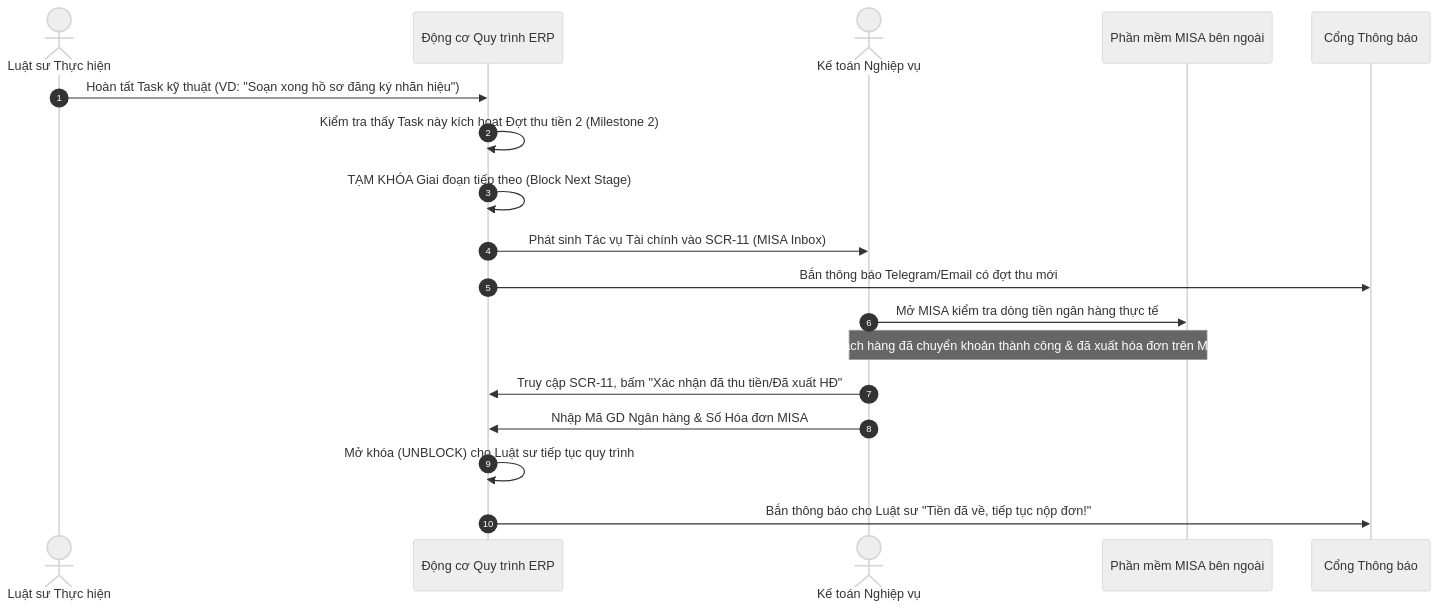
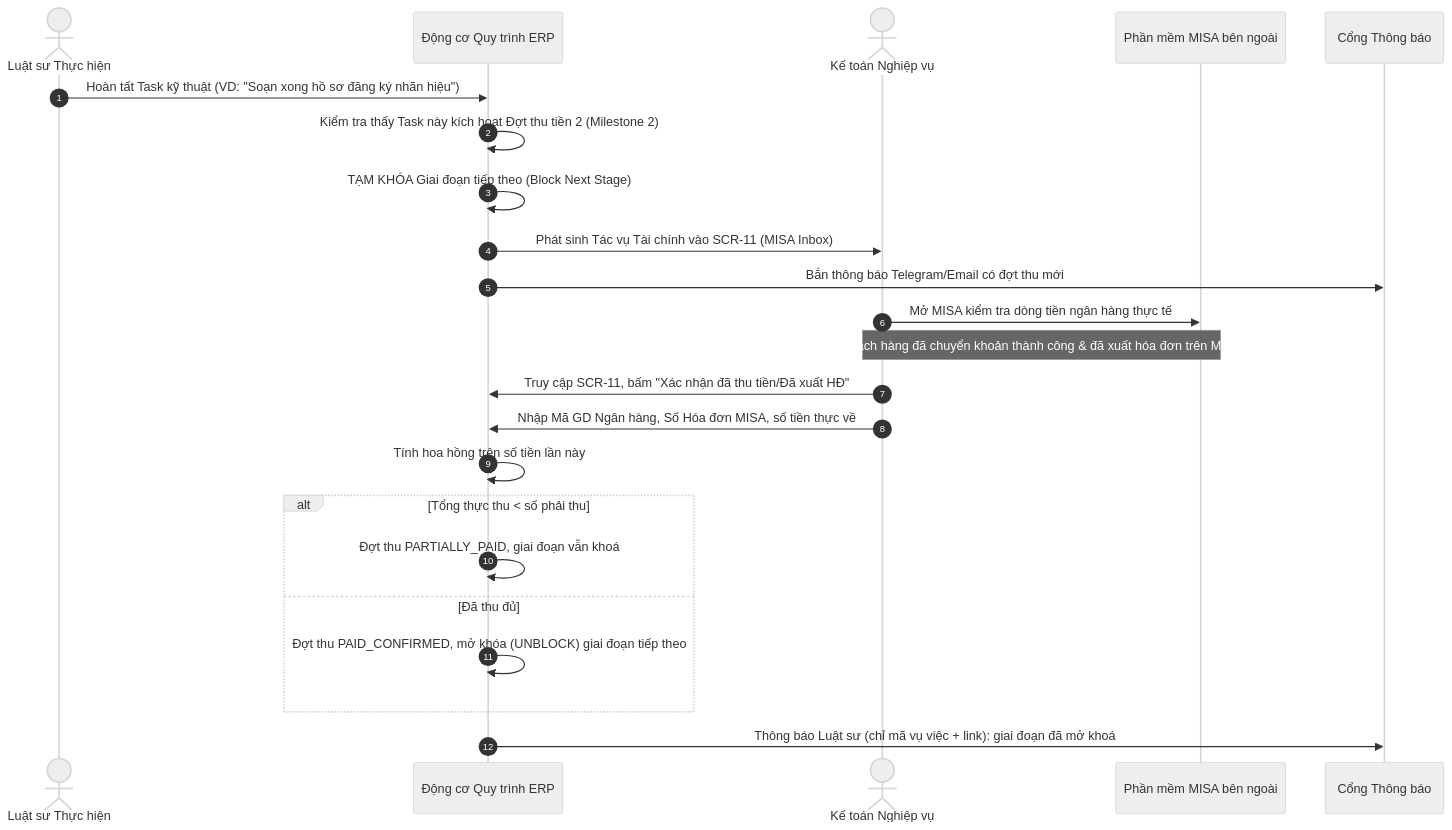
One commit to namth/asl-erp-v2 changed the third of 5 diagrams in docs/04-user-flows.md. Above: the diagram before and after it, drawn with Mermaid (neutral theme). The commit also changed other lines of this file and 84 other files, not shown here.

````diff
--- a/docs/04-user-flows.md
+++ b/docs/04-user-flows.md
@@ -64,23 +66,28 @@
 ```mermaid
 sequenceDiagram
     autonumber
     actor Lawyer as Luật sư Thực hiện
     participant CaseEngine as Động cơ Quy trình ERP
     actor Accountant as Kế toán Nghiệp vụ
     participant MISA as Phần mềm MISA bên ngoài
     participant Notify as Cổng Thông báo
 
     Lawyer->>CaseEngine: Hoàn tất Task kỹ thuật (VD: "Soạn xong hồ sơ đăng ký nhãn hiệu")
     CaseEngine->>CaseEngine: Kiểm tra thấy Task này kích hoạt Đợt thu tiền 2 (Milestone 2)
     CaseEngine->>CaseEngine: TẠM KHÓA Giai đoạn tiếp theo (Block Next Stage)
     CaseEngine->>Accountant: Phát sinh Tác vụ Tài chính vào SCR-11 (MISA Inbox)
     CaseEngine->>Notify: Bắn thông báo Telegram/Email có đợt thu mới
     
     Accountant->>MISA: Mở MISA kiểm tra dòng tiền ngân hàng thực tế
     Note over Accountant,MISA: Khách hàng đã chuyển khoản thành công & đã xuất hóa đơn trên MISA
     
     Accountant->>CaseEngine: Truy cập SCR-11, bấm "Xác nhận đã thu tiền/Đã xuất HĐ"
-    Accountant->>CaseEngine: Nhập Mã GD Ngân hàng & Số Hóa đơn MISA
-    CaseEngine->>CaseEngine: Mở khóa (UNBLOCK) cho Luật sư tiếp tục quy trình
-    CaseEngine->>Notify: Bắn thông báo cho Luật sư "Tiền đã về, tiếp tục nộp đơn!"
+    Accountant->>CaseEngine: Nhập Mã GD Ngân hàng, Số Hóa đơn MISA, số tiền thực về
+    CaseEngine->>CaseEngine: Tính hoa hồng trên số tiền lần này
+    alt Tổng thực thu < số phải thu
+        CaseEngine->>CaseEngine: Đợt thu PARTIALLY_PAID, giai đoạn vẫn khoá
+    else Đã thu đủ
+        CaseEngine->>CaseEngine: Đợt thu PAID_CONFIRMED, mở khóa (UNBLOCK) giai đoạn tiếp theo
+    end
+    CaseEngine->>Notify: Thông báo Luật sư (chỉ mã vụ việc + link): giai đoạn đã mở khoá
 ```
````
